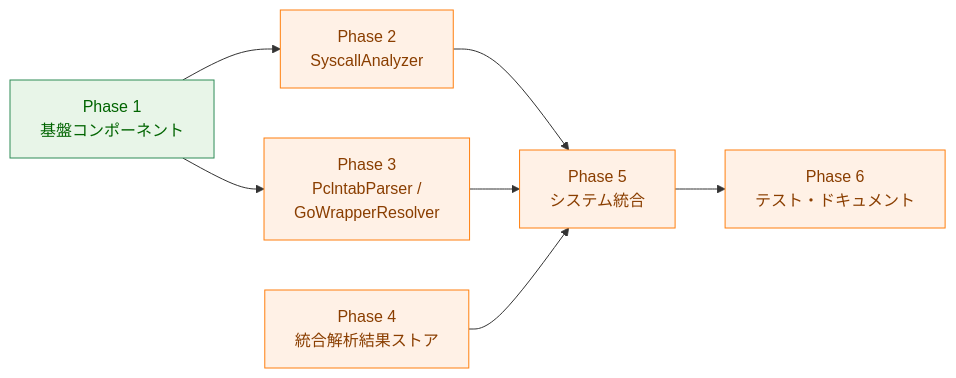
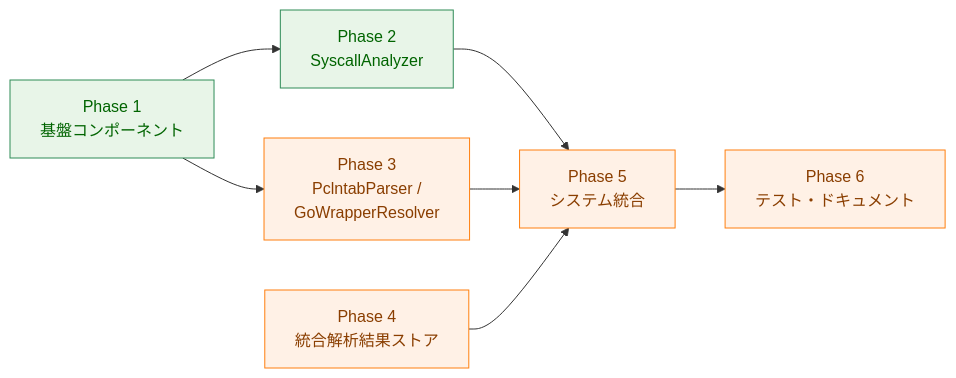
One commit to isseis/go-safe-cmd-runner changed the diagram in docs/tasks/0070_elf_syscall_analysis/04_implementation_plan.md. Above: the diagram before and after it, drawn with Mermaid. The commit also changed other lines of this file and 3 other files, not shown here.

````diff
--- a/docs/tasks/0070_elf_syscall_analysis/04_implementation_plan.md
+++ b/docs/tasks/0070_elf_syscall_analysis/04_implementation_plan.md
@@ -10,22 +10,22 @@
 ```mermaid
 flowchart LR
     classDef done fill:#e8f5e8,stroke:#2e8b57,stroke-width:1px,color:#006400
     classDef todo fill:#fff1e6,stroke:#ff7f0e,stroke-width:1px,color:#8a3e00
 
     P1["Phase 1<br>基盤コンポーネント"]
     P2["Phase 2<br>SyscallAnalyzer"]
     P3["Phase 3<br>PclntabParser /<br>GoWrapperResolver"]
     P4["Phase 4<br>統合解析結果ストア"]
     P5["Phase 5<br>システム統合"]
     P6["Phase 6<br>テスト・ドキュメント"]
 
     P1 --> P2
     P1 --> P3
     P2 --> P5
     P3 --> P5
     P4 --> P5
     P5 --> P6
 
-    class P1 done
-    class P2,P3,P4,P5,P6 todo
+    class P1,P2 done
+    class P3,P4,P5,P6 todo
 ```
````
